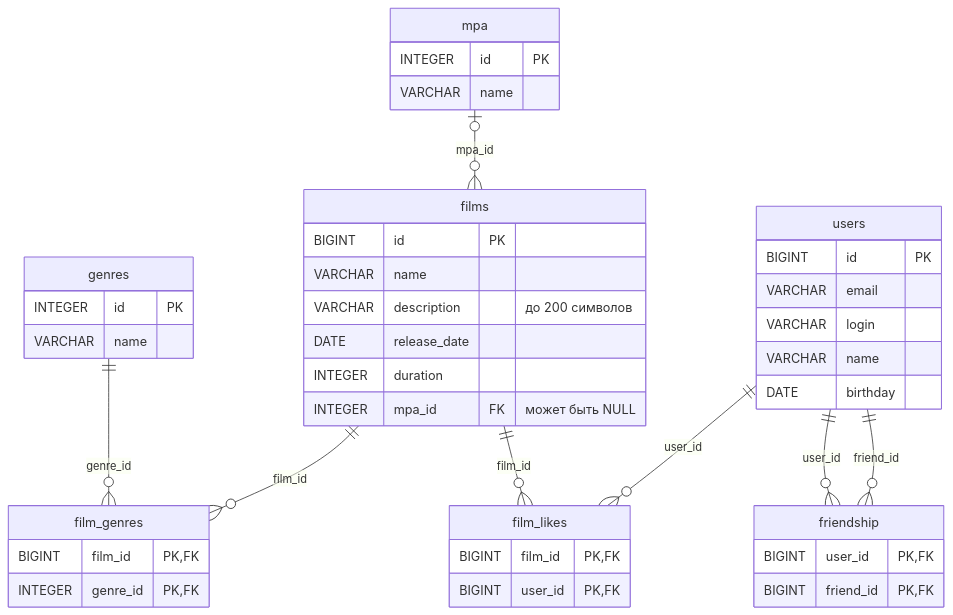
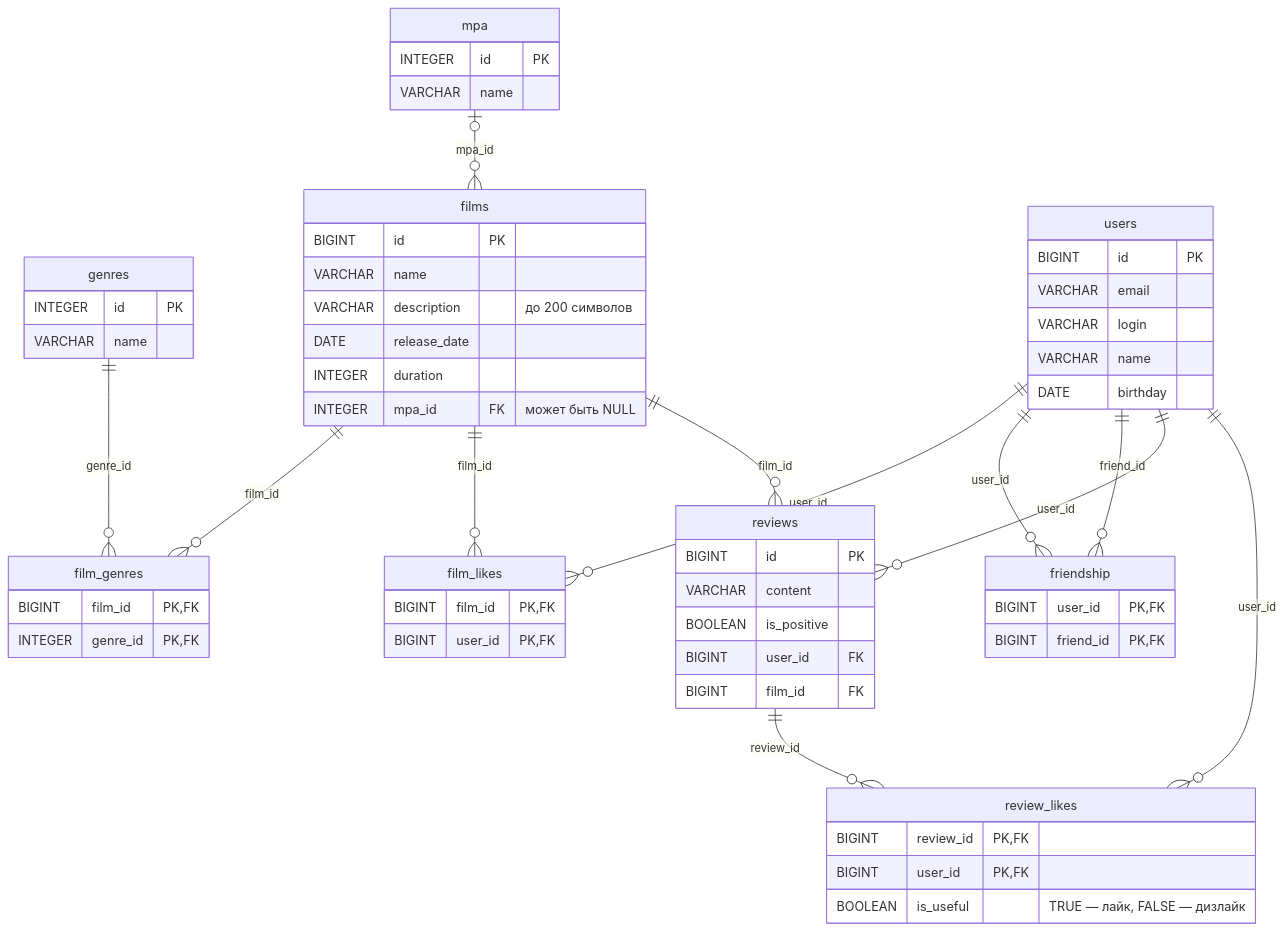
Before and after one commit to ksupyl/java-filmorate: the diagram in README.md, drawn with Mermaid. The commit also changed other lines of this file, not shown here.

Commit message:
docs: describe reviews in README

````diff
--- a/README.md
+++ b/README.md
@@ -94,46 +107,62 @@
 ```mermaid
 erDiagram
     genres ||--o{ film_genres : "genre_id"
     films ||--o{ film_genres : "film_id"
     mpa |o--o{ films : "mpa_id"
     films ||--o{ film_likes : "film_id"
     users ||--o{ film_likes : "user_id"
     users ||--o{ friendship : "user_id"
     users ||--o{ friendship : "friend_id"
+    users ||--o{ reviews : "user_id"
+    films ||--o{ reviews : "film_id"
+    reviews ||--o{ review_likes : "review_id"
+    users ||--o{ review_likes : "user_id"
 
     films {
         BIGINT id PK
         VARCHAR name
         VARCHAR description "до 200 символов"
         DATE release_date
         INTEGER duration
         INTEGER mpa_id FK "может быть NULL"
     }
     users {
         BIGINT id PK
         VARCHAR email
         VARCHAR login
         VARCHAR name
         DATE birthday
     }
     mpa {
         INTEGER id PK
         VARCHAR name
     }
     genres {
         INTEGER id PK
         VARCHAR name
     }
     film_genres {
         BIGINT film_id PK, FK
         INTEGER genre_id PK, FK
     }
     film_likes {
         BIGINT film_id PK, FK
         BIGINT user_id PK, FK
     }
     friendship {
         BIGINT user_id PK, FK
         BIGINT friend_id PK, FK
     }
+    reviews {
+        BIGINT id PK
+        VARCHAR content
+        BOOLEAN is_positive
+        BIGINT user_id FK
+        BIGINT film_id FK
+    }
+    review_likes {
+        BIGINT review_id PK, FK
+        BIGINT user_id PK, FK
+        BOOLEAN is_useful "TRUE — лайк, FALSE — дизлайк"
+    }
 ```
````
